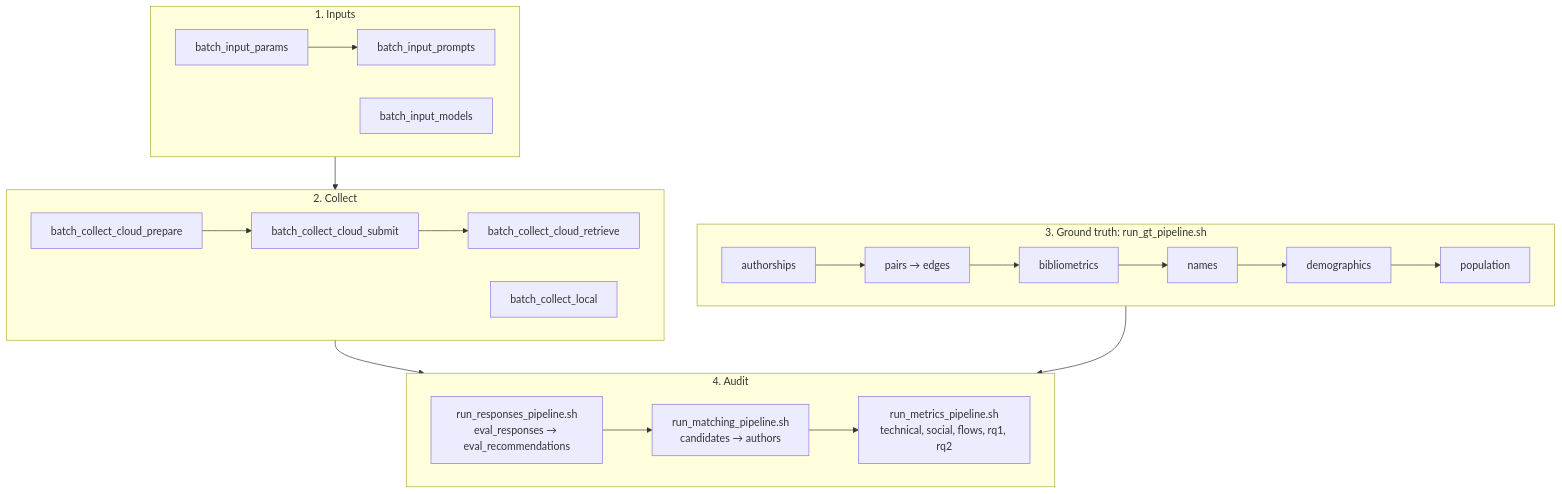
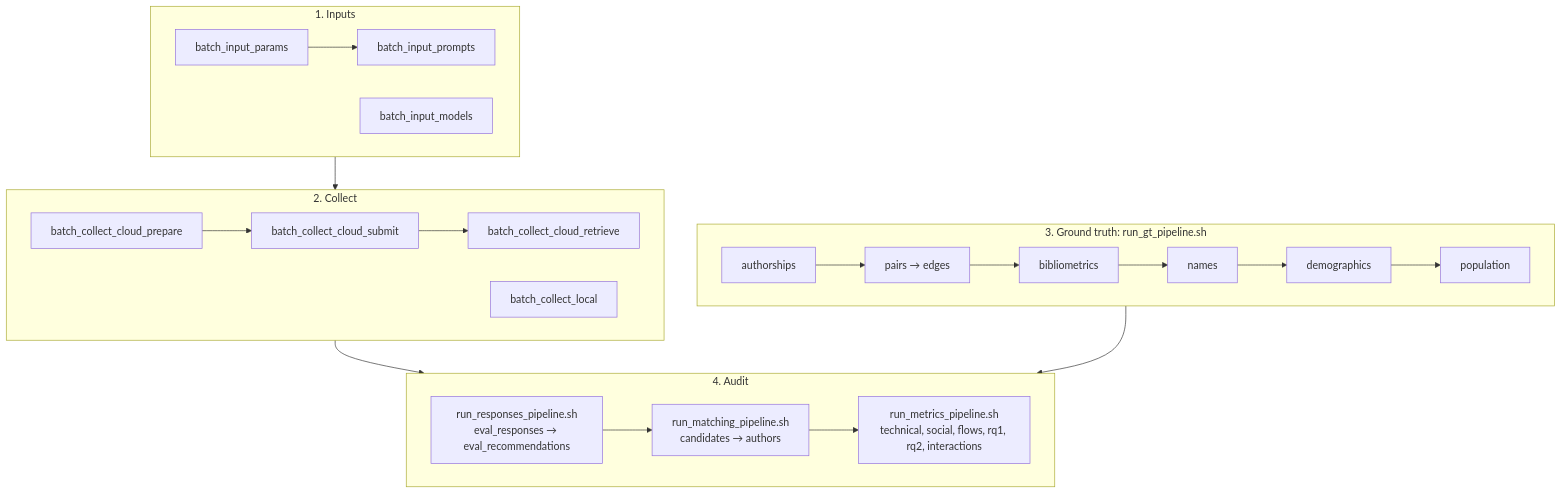
Before and after one commit to CSHVienna/LLMScholar-Personas: the diagram in code/scripts/README.md, drawn with Mermaid. The commit also changed other lines of this file and 122 other files, not shown here.

````diff
--- a/code/scripts/README.md
+++ b/code/scripts/README.md
@@ -5,26 +5,26 @@
 ```mermaid
 flowchart TD
     subgraph inputs ["1. Inputs"]
         direction LR
         IP[batch_input_params] --> IQ[batch_input_prompts]
         IM[batch_input_models]
     end
     subgraph collect ["2. Collect"]
         direction LR
         CP[batch_collect_cloud_prepare] --> CS[batch_collect_cloud_submit] --> CR[batch_collect_cloud_retrieve]
         CL[batch_collect_local]
     end
     subgraph gt ["3. Ground truth: run_gt_pipeline.sh"]
         direction LR
         G1[authorships] --> G2[pairs → edges] --> G3[bibliometrics] --> G4[names] --> G5[demographics] --> G6[population]
     end
     subgraph audit ["4. Audit"]
         direction LR
         A1["run_responses_pipeline.sh<br/>eval_responses → eval_recommendations"]
         A2["run_matching_pipeline.sh<br/>candidates → authors"]
-        A3["run_metrics_pipeline.sh<br/>technical, social, flows, rq1, rq2"]
+        A3["run_metrics_pipeline.sh<br/>technical, social, flows, rq1, rq2, interactions"]
         A1 --> A2 --> A3
     end
     inputs --> collect --> audit
     gt --> audit
 ```
````
